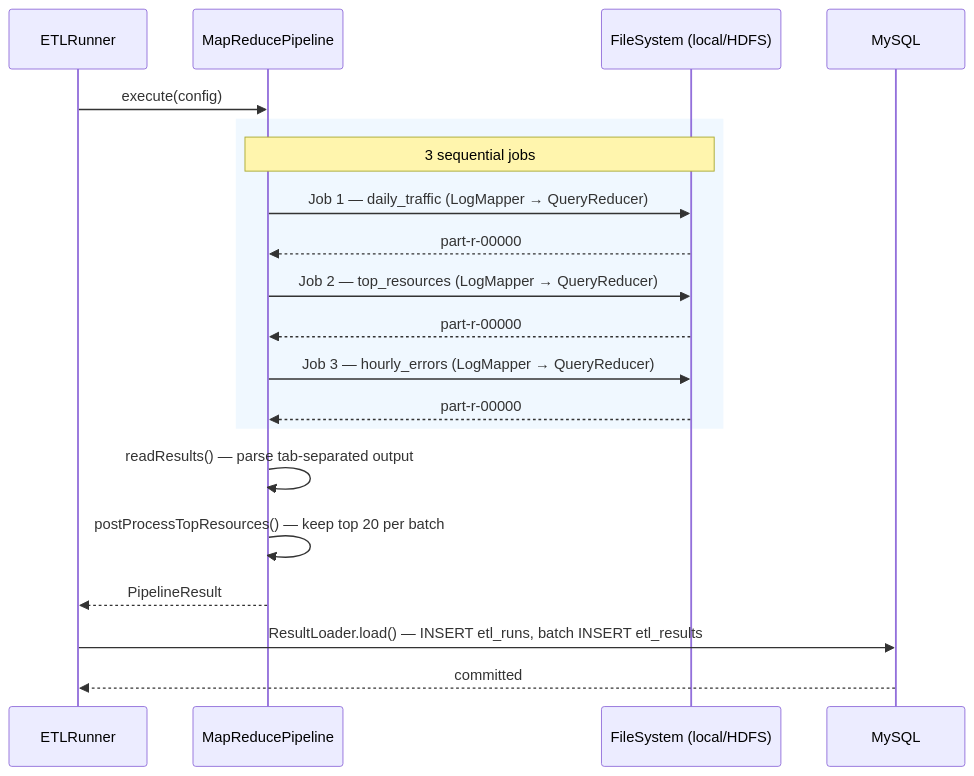
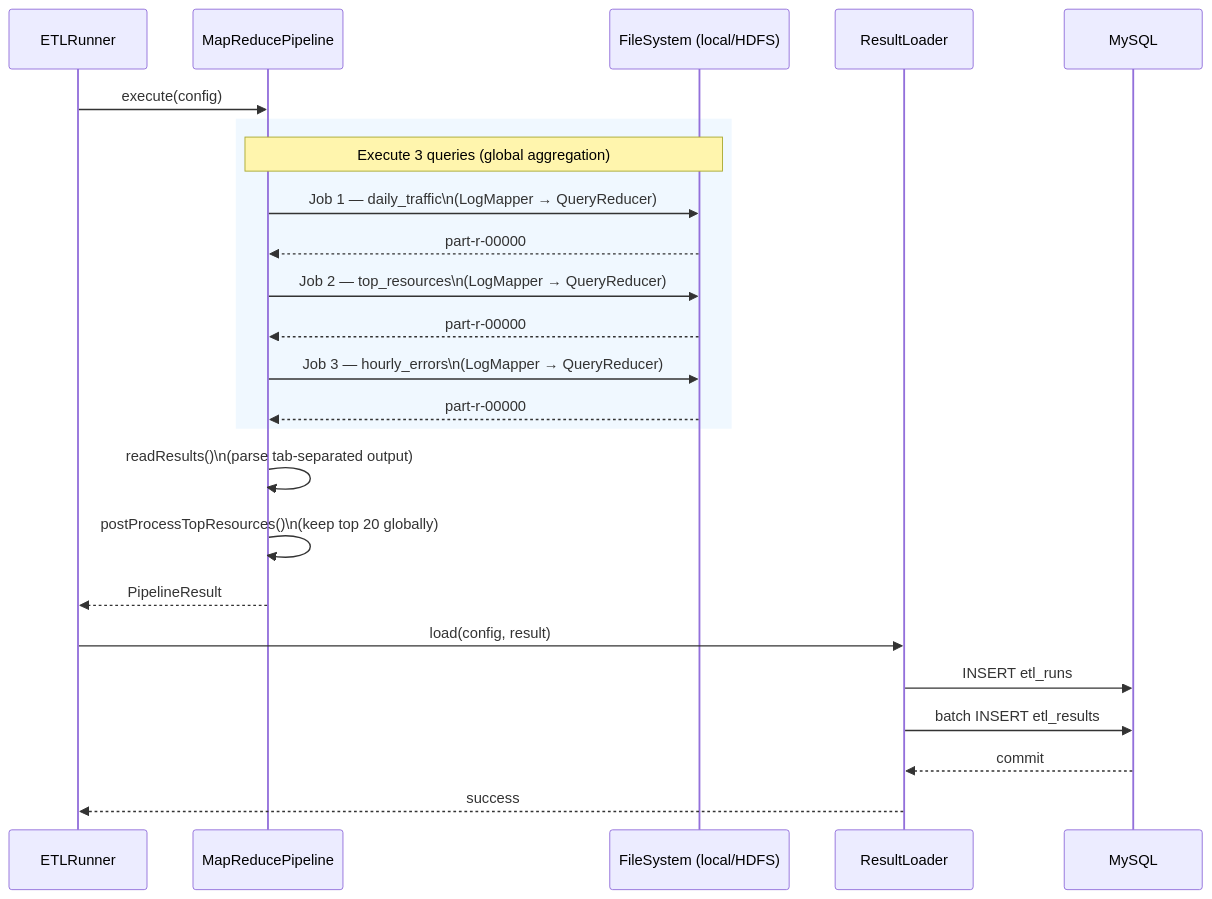
Before and after one commit to Rohitangshu2026/NoSQL: the third of 4 diagrams in Project/etl-framework/README.md, drawn with Mermaid. The commit also changed other lines of this file, not shown here.

````diff
--- a/Project/etl-framework/README.md
+++ b/Project/etl-framework/README.md
@@ -114,26 +188,38 @@
 ```mermaid
 sequenceDiagram
-    participant Runner as ETLRunner
-    participant MR as MapReducePipeline
-    participant FS as FileSystem (local/HDFS)
-    participant DB as MySQL
 
-    Runner->>MR: execute(config)
+participant Runner as ETLRunner
+participant MR as MapReducePipeline
+participant FS as FileSystem (local/HDFS)
+participant Loader as ResultLoader
+participant DB as MySQL
 
-    rect rgb(240, 248, 255)
-    Note over MR,FS: 3 sequential jobs
-    MR->>FS: Job 1 — daily_traffic (LogMapper → QueryReducer)
-    FS-->>MR: part-r-00000
-    MR->>FS: Job 2 — top_resources (LogMapper → QueryReducer)
-    FS-->>MR: part-r-00000
-    MR->>FS: Job 3 — hourly_errors (LogMapper → QueryReducer)
-    FS-->>MR: part-r-00000
-    end
+Runner->>MR: execute(config)
 
-    MR->>MR: readResults() — parse tab-separated output
-    MR->>MR: postProcessTopResources() — keep top 20 per batch
-    MR-->>Runner: PipelineResult
+rect rgb(240, 248, 255)
+Note over MR,FS: Execute 3 queries (global aggregation)
 
-    Runner->>DB: ResultLoader.load() — INSERT etl_runs, batch INSERT etl_results
-    DB-->>Runner: committed
+MR->>FS: Job 1 — daily_traffic\n(LogMapper → QueryReducer)
+FS-->>MR: part-r-00000
+
+MR->>FS: Job 2 — top_resources\n(LogMapper → QueryReducer)
+FS-->>MR: part-r-00000
+
+MR->>FS: Job 3 — hourly_errors\n(LogMapper → QueryReducer)
+FS-->>MR: part-r-00000
+end
+
+MR->>MR: readResults()\n(parse tab-separated output)
+
+MR->>MR: postProcessTopResources()\n(keep top 20 globally)
+
+MR-->>Runner: PipelineResult
+
+Runner->>Loader: load(config, result)
+
+Loader->>DB: INSERT etl_runs
+Loader->>DB: batch INSERT etl_results
+
+DB-->>Loader: commit
+Loader-->>Runner: success
 ```
````
